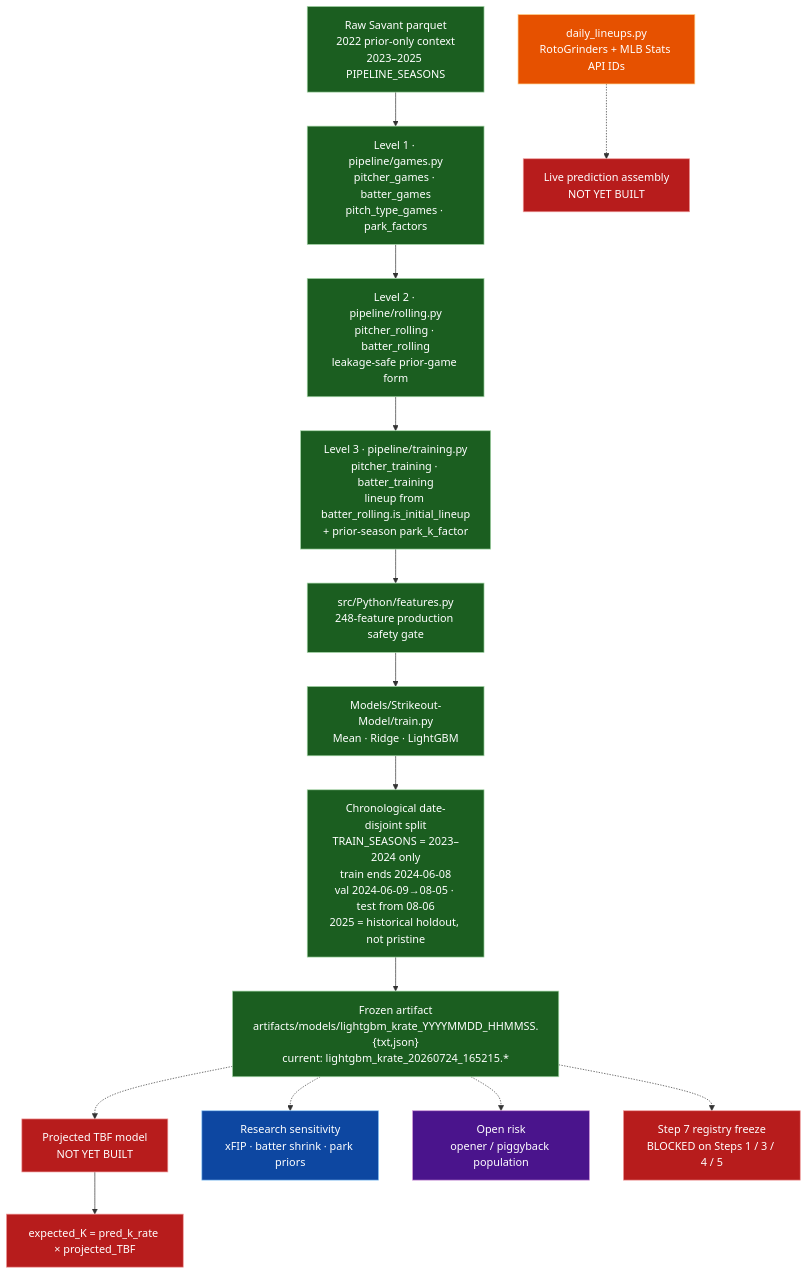
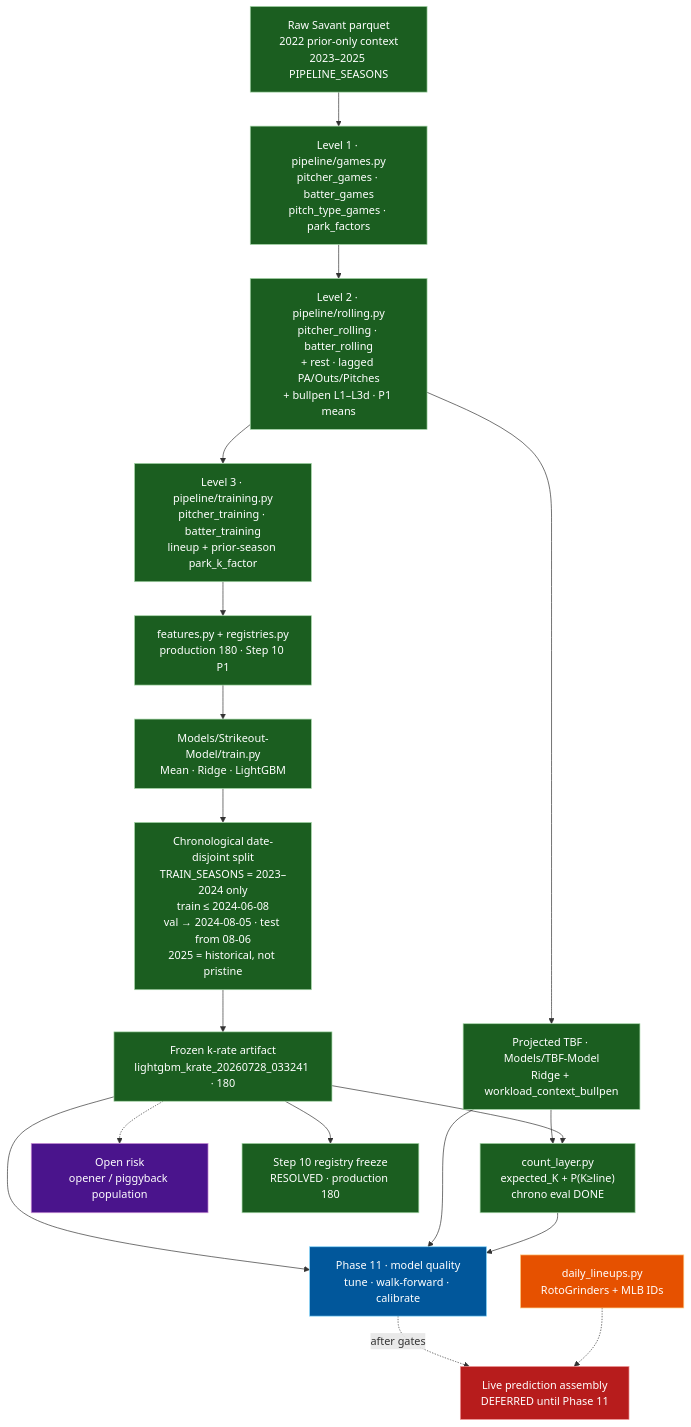
One commit to Cbkaplinger/MLB-Props changed the diagram in diagrams/01-architecture.md. Above: the diagram before and after it, drawn with Mermaid. The commit also changed other lines of this file and 105 other files, not shown here.

Commit message:
Ship strikeout production stack, registry freeze docs, 2026 Savant data, and root hygiene.

````diff
--- a/diagrams/01-architecture.md
+++ b/diagrams/01-architecture.md
@@ -6,35 +7,40 @@
 ```mermaid
 flowchart TB
   classDef built fill:#1b5e20,stroke:#a5d6a7,color:#fff
   classDef partial fill:#e65100,stroke:#ffcc80,color:#fff
   classDef missing fill:#b71c1c,stroke:#ef9a9a,color:#fff
   classDef risk fill:#4a148c,stroke:#ce93d8,color:#fff
-  classDef research fill:#0d47a1,stroke:#90caf9,color:#fff
+  classDef next fill:#01579b,stroke:#81d4fa,color:#fff
 
   RAW["Raw Savant parquet<br/>2022 prior-only context<br/>2023–2025 PIPELINE_SEASONS"]:::built
 
   L1["Level 1 · pipeline/games.py<br/>pitcher_games · batter_games<br/>pitch_type_games · park_factors"]:::built
-  L2["Level 2 · pipeline/rolling.py<br/>pitcher_rolling · batter_rolling<br/>leakage-safe prior-game form"]:::built
-  L3["Level 3 · pipeline/training.py<br/>pitcher_training · batter_training<br/>lineup from batter_rolling.is_initial_lineup<br/>+ prior-season park_k_factor"]:::built
+  L2["Level 2 · pipeline/rolling.py<br/>pitcher_rolling · batter_rolling<br/>+ rest · lagged PA/Outs/Pitches<br/>+ bullpen L1–L3d · P1 means"]:::built
+  L3["Level 3 · pipeline/training.py<br/>pitcher_training · batter_training<br/>lineup + prior-season park_k_factor"]:::built
 
-  FEAT["src/Python/features.py<br/>248-feature production safety gate"]:::built
+  FEAT["features.py + registries.py<br/>production 180 · Step 10 P1"]:::built
   TRAIN["Models/Strikeout-Model/train.py<br/>Mean · Ridge · LightGBM"]:::built
-  CV["Chronological date-disjoint split<br/>TRAIN_SEASONS = 2023–2024 only<br/>train ends 2024-06-08<br/>val 2024-06-09→08-05 · test from 08-06<br/>2025 = historical holdout, not pristine"]:::built
-  ART["Frozen artifact<br/>artifacts/models/lightgbm_krate_YYYYMMDD_HHMMSS.{txt,json}<br/>current: lightgbm_krate_20260724_165215.*"]:::built
+  CV["Chronological date-disjoint split<br/>TRAIN_SEASONS = 2023–2024 only<br/>train ≤ 2024-06-08<br/>val → 2024-08-05 · test from 08-06<br/>2025 = historical, not pristine"]:::built
+  ART["Frozen k-rate artifact<br/>lightgbm_krate_20260728_033241 · 180"]:::built
 
-  DL["daily_lineups.py<br/>RotoGrinders + MLB Stats API IDs"]:::partial
-  LIVE["Live prediction assembly<br/>NOT YET BUILT"]:::missing
+  TBF["Projected TBF · Models/TBF-Model<br/>Ridge + workload_context_bullpen"]:::built
+  EXP["count_layer.py<br/>expected_K + P(K≥line)<br/>chrono eval DONE"]:::built
 
-  TBF["Projected TBF model<br/>NOT YET BUILT"]:::missing
-  EXP["expected_K = pred_k_rate × projected_TBF"]:::missing
-  SENS["Research sensitivity<br/>xFIP · batter shrink · park priors"]:::research
+  P11["Phase 11 · model quality<br/>tune · walk-forward · calibrate"]:::next
+  DL["daily_lineups.py<br/>RotoGrinders + MLB IDs"]:::partial
+  LIVE["Live prediction assembly<br/>DEFERRED until Phase 11"]:::missing
+
   OPEN["Open risk<br/>opener / piggyback population"]:::risk
-  REG["Step 7 registry freeze<br/>BLOCKED on Steps 1 / 3 / 4 / 5"]:::missing
+  REG["Step 10 registry freeze<br/>RESOLVED · production 180"]:::built
 
   RAW --> L1 --> L2 --> L3 --> FEAT --> TRAIN --> CV --> ART
+  L2 --> TBF --> EXP
+  ART --> EXP
+  ART --> P11
+  TBF --> P11
+  EXP --> P11
+  P11 -.->|"after gates"| LIVE
   DL -.-> LIVE
-  ART -.-> TBF --> EXP
-  ART -.-> SENS
   ART -.-> OPEN
-  ART -.-> REG
+  ART --> REG
 ```
````
